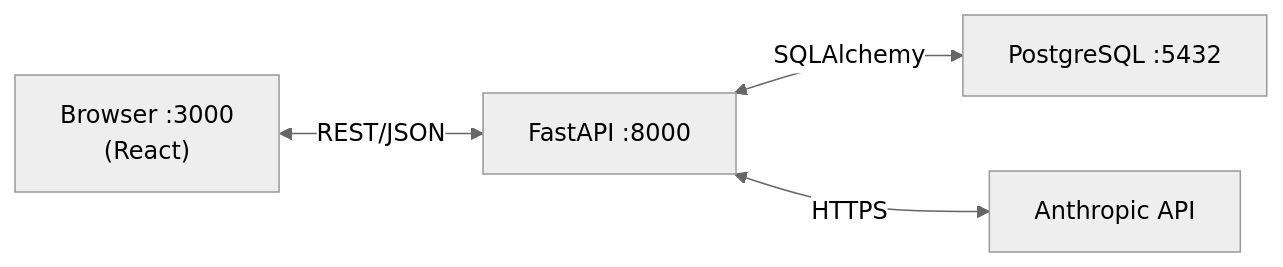
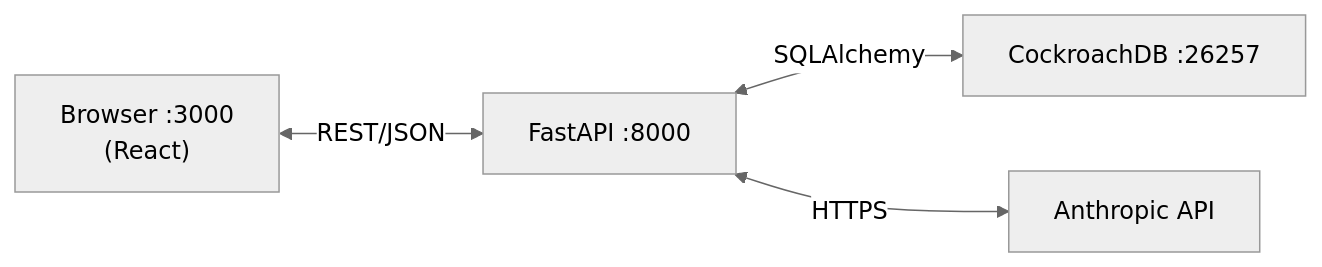
One commit to cherrythia/sliver changed the first of 3 diagrams in README.md. Above: the diagram before and after it, drawn with Mermaid (neutral theme). The commit also changed other lines of this file and 2 other files, not shown here.

Commit message:
docs: update for CockroachDB migration and Adminer on port 8081

````diff
--- a/README.md
+++ b/README.md
@@ -65,11 +65,11 @@
 ```mermaid
 graph LR
   Browser["Browser :3000\n(React)"]
   API["FastAPI :8000"]
-  DB["PostgreSQL :5432"]
+  DB["CockroachDB :26257"]
   Anthropic["Anthropic API"]
 
   Browser <-->|REST/JSON| API
   API <-->|SQLAlchemy| DB
   API <-->|HTTPS| Anthropic
 ```
````
